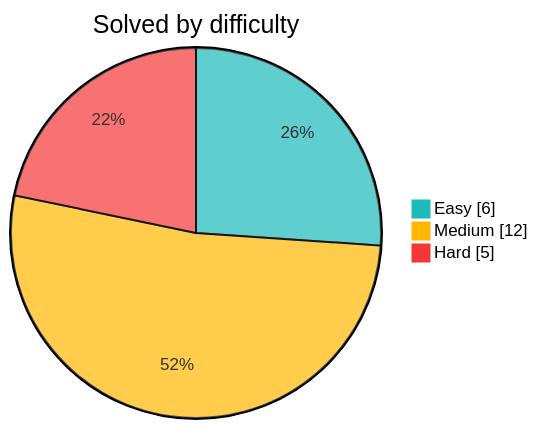
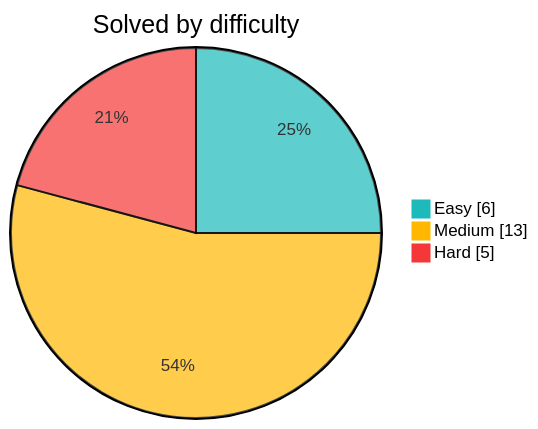
One commit to Sekler09/algorithms changed the diagram in README.md. Above: the diagram before and after it, drawn with Mermaid. The commit also changed other lines of this file and 3 other files, not shown here.

````diff
--- a/README.md
+++ b/README.md
@@ -9,8 +9,8 @@
 ```mermaid
 %%{init: {"themeVariables": {"pie1": "#1cbaba", "pie2": "#ffb700", "pie3": "#f63737"}}}%%
 pie showData
     title Solved by difficulty
     "Easy" : 6
-    "Medium" : 12
+    "Medium" : 13
     "Hard" : 5
 ```
````
